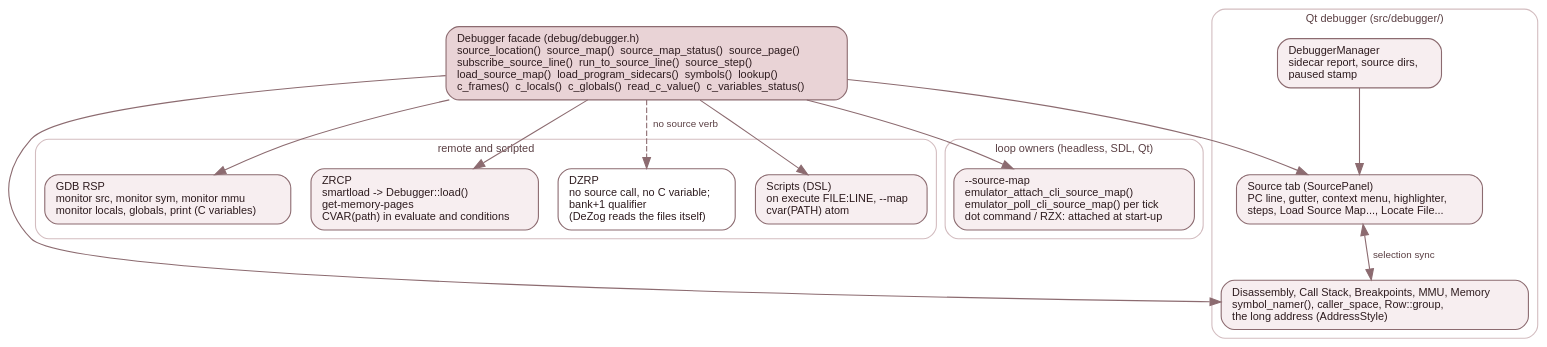
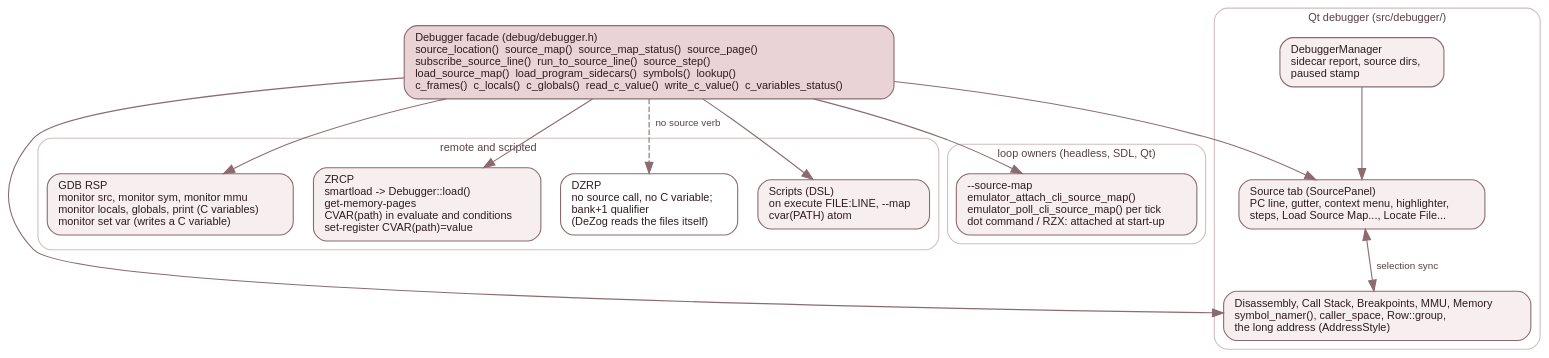
One commit to jorgegv/jnext changed the diagram in src/doc/developer-guide/diagrams/srcdbg-frontends.dot. Above: the diagram before and after it, drawn with Graphviz. The commit also changed 31 other files, not shown here.

```diff
--- a/src/doc/developer-guide/diagrams/srcdbg-frontends.dot
+++ b/src/doc/developer-guide/diagrams/srcdbg-frontends.dot
@@ -1,60 +1,60 @@
 // Who reads the source-level stores: chapter 7.7.
 //
 // Rendered by `make docs-devguide-diagrams` into ../img/srcdbg-frontends.svg,
 // which is COMMITTED. Edit this file, never the SVG.
 //
 // Top: the backend verbs every frontend goes through (the stores are never
 // touched directly). Below: one cluster per frontend, with what it reads and
 // what it adds. DZRP is the one frontend with no source surface: DeZog reads
 // the SLD or map itself.
 //
 // Palette: the page theme's pastel dark red family (see css/theme.css), as the
 // other figures. Light fills, dark labels, transparent canvas.
 digraph srcdbg_frontends {
     bgcolor="transparent";
     rankdir=TB;
     fontname="Helvetica";
     ranksep=0.5;
     nodesep=0.25;
     node [shape=box, style="filled,rounded", fontname="Helvetica", fontsize=10,
           fillcolor="#f7eef0", color="#8c6b70", fontcolor="#2e1c1f", margin="0.14,0.08"];
     edge [color="#8c6b70", fontname="Helvetica", fontsize=9, fontcolor="#5a3f43"];
 
-    verbs [label="Debugger facade (debug/debugger.h)\lsource_location()  source_map()  source_map_status()  source_page()\lsubscribe_source_line()  run_to_source_line()  source_step()\lload_source_map()  load_program_sidecars()  symbols()  lookup()\lc_frames()  c_locals()  c_globals()  read_c_value()  c_variables_status()\l", fillcolor="#e9d3d6"];
+    verbs [label="Debugger facade (debug/debugger.h)\lsource_location()  source_map()  source_map_status()  source_page()\lsubscribe_source_line()  run_to_source_line()  source_step()\lload_source_map()  load_program_sidecars()  symbols()  lookup()\lc_frames()  c_locals()  c_globals()  read_c_value()  write_c_value()  c_variables_status()\l", fillcolor="#e9d3d6"];
 
     subgraph cluster_qt {
         label="Qt debugger (src/debugger/)";
         fontname="Helvetica"; fontsize=10; fontcolor="#5a3f43";
         color="#d3bdc0"; style="rounded";
         q0 [label="Source tab (SourcePanel)\lPC line, gutter, context menu, highlighter,\lsteps, Load Source Map..., Locate File...\l"];
         q1 [label="Disassembly, Call Stack, Breakpoints, MMU, Memory\lsymbol_namer(), caller_space, Row::group,\lthe long address (AddressStyle)\l"];
         q2 [label="DebuggerManager\lsidecar report, source dirs,\lpaused stamp\l"];
         q0 -> q1 [label=" selection sync", dir=both];
         q2 -> q0;
     }
 
     subgraph cluster_remote {
         label="remote and scripted";
         fontname="Helvetica"; fontsize=10; fontcolor="#5a3f43";
         color="#d3bdc0"; style="rounded";
-        g0 [label="GDB RSP\lmonitor src, monitor sym, monitor mmu\lmonitor locals, globals, print (C variables)\l"];
-        z0 [label="ZRCP\lsmartload -> Debugger::load()\lget-memory-pages\lCVAR(path) in evaluate and conditions\l"];
+        g0 [label="GDB RSP\lmonitor src, monitor sym, monitor mmu\lmonitor locals, globals, print (C variables)\lmonitor set var (writes a C variable)\l"];
+        z0 [label="ZRCP\lsmartload -> Debugger::load()\lget-memory-pages\lCVAR(path) in evaluate and conditions\lset-register CVAR(path)=value\l"];
         d0 [label="DZRP\lno source call, no C variable;\lbank+1 qualifier\l(DeZog reads the files itself)\l", fillcolor="#ffffff"];
         s0 [label="Scripts (DSL)\lon execute FILE:LINE, --map\lcvar(PATH) atom\l"];
     }
 
     subgraph cluster_loop {
         label="loop owners (headless, SDL, Qt)";
         fontname="Helvetica"; fontsize=10; fontcolor="#5a3f43";
         color="#d3bdc0"; style="rounded";
         l0 [label="--source-map\lemulator_attach_cli_source_map()\lemulator_poll_cli_source_map() per tick\ldot command / RZX: attached at start-up\l"];
     }
 
     verbs -> q0;
     verbs -> q1;
     verbs -> g0;
     verbs -> z0;
     verbs -> s0;
     verbs -> l0;
     verbs -> d0 [style=dashed, label=" no source verb"];
 }
```
